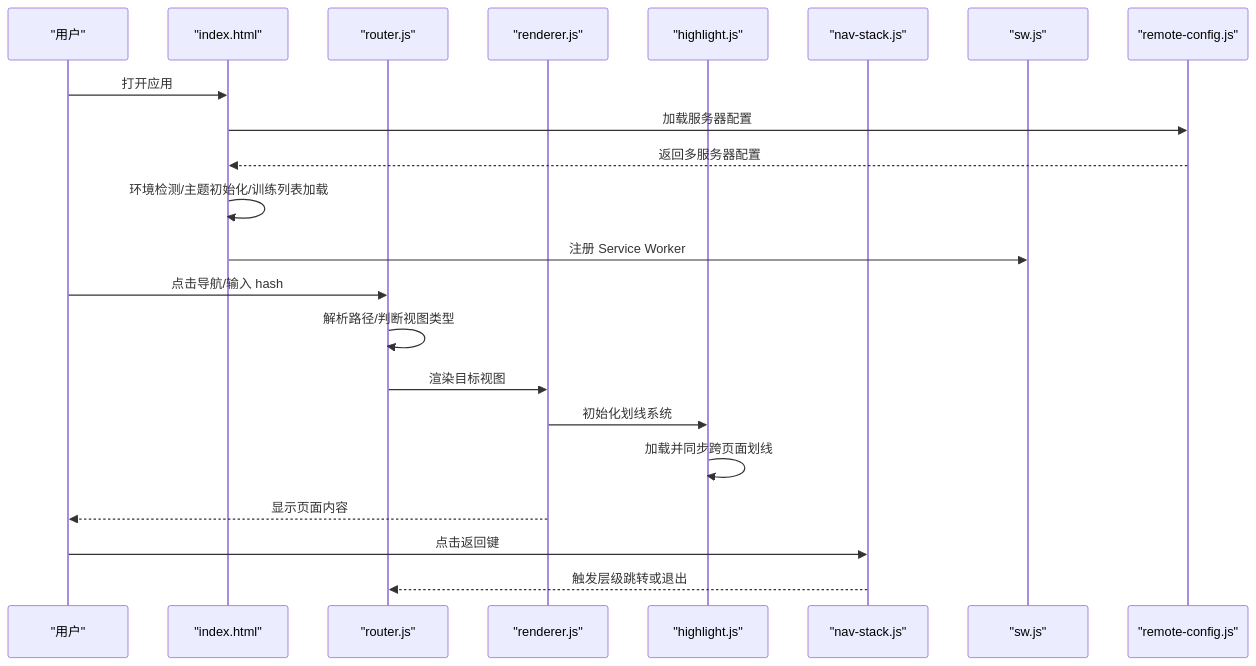
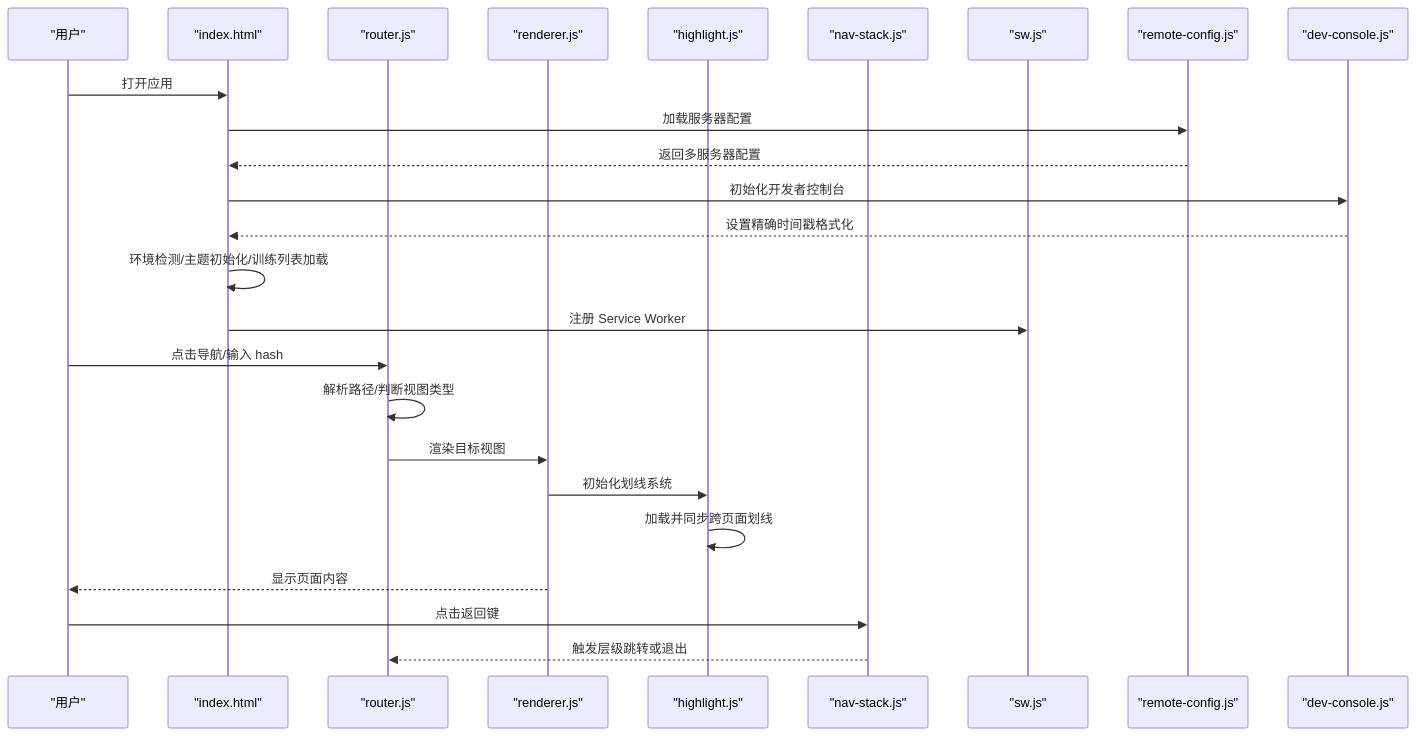
Before and after one commit to zhao-zg/cx: the second of 13 diagrams in .qoder/repowiki/zh/content/高级功能/前端功能.md, drawn with Mermaid. The commit also changed other lines of this file and 44 other files, not shown here.

````diff
--- a/.qoder/repowiki/zh/content/高级功能/前端功能.md
+++ b/.qoder/repowiki/zh/content/高级功能/前端功能.md
@@ -140,24 +147,27 @@
 ```mermaid
 sequenceDiagram
 participant U as "用户"
 participant IDX as "index.html"
 participant R as "router.js"
 participant RN as "renderer.js"
 participant HL as "highlight.js"
 participant NS as "nav-stack.js"
 participant SW as "sw.js"
 participant RC as "remote-config.js"
+participant DC as "dev-console.js"
 U->>IDX : 打开应用
 IDX->>RC : 加载服务器配置
 RC-->>IDX : 返回多服务器配置
+IDX->>DC : 初始化开发者控制台
+DC-->>IDX : 设置精确时间戳格式化
 IDX->>IDX : 环境检测/主题初始化/训练列表加载
 IDX->>SW : 注册 Service Worker
 U->>R : 点击导航/输入 hash
 R->>R : 解析路径/判断视图类型
 R->>RN : 渲染目标视图
 RN->>HL : 初始化划线系统
 HL->>HL : 加载并同步跨页面划线
 RN-->>U : 显示页面内容
 U->>NS : 点击返回键
 NS-->>R : 触发层级跳转或退出
 ```
````
